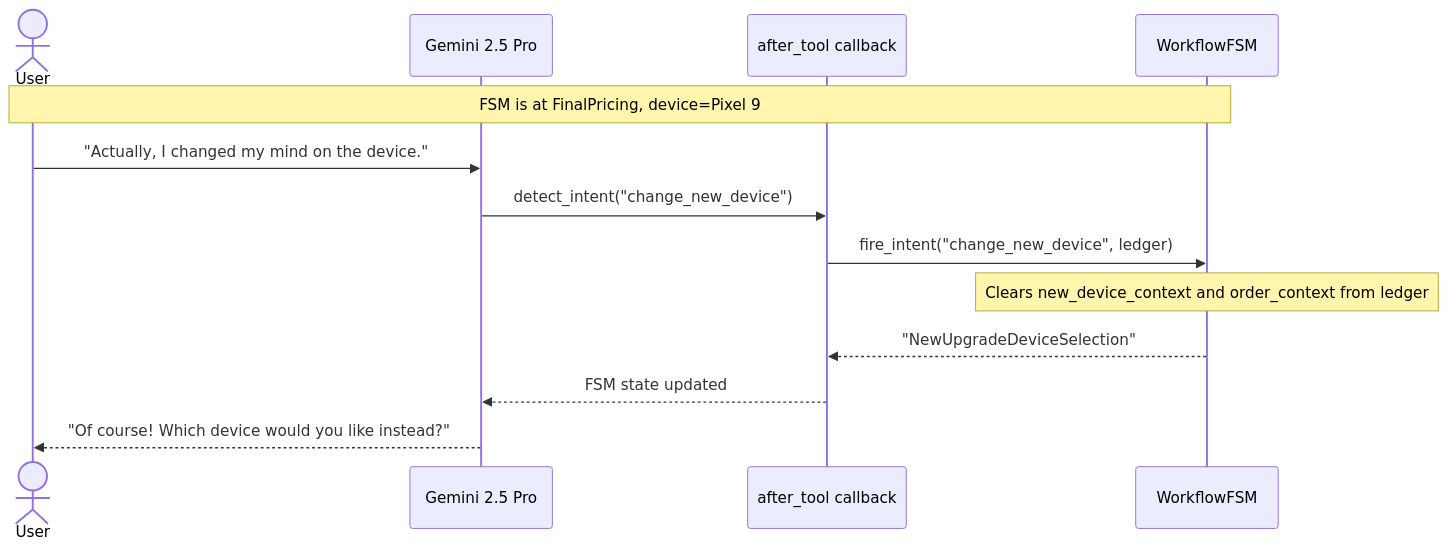
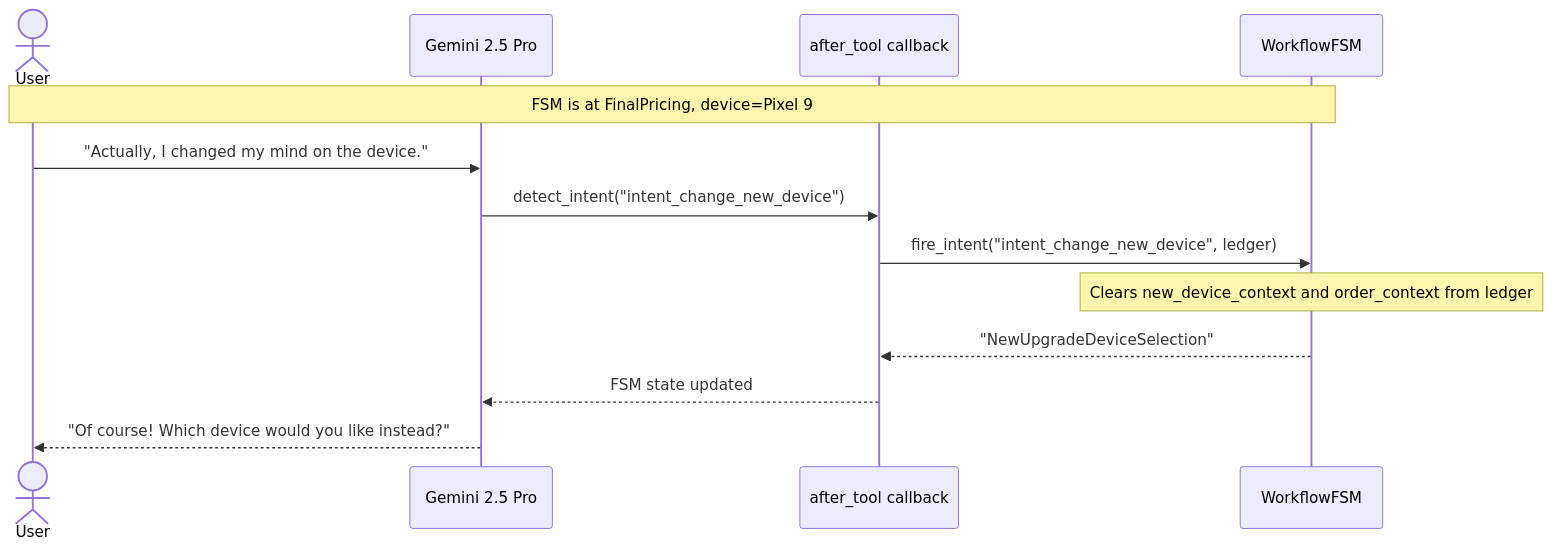
One commit to puvvula89/rules-to-agent changed the second of 2 diagrams in README.md. Above: the diagram before and after it, drawn with Mermaid. The commit also changed other lines of this file, not shown here.

````diff
--- a/README.md
+++ b/README.md
@@ -215,17 +215,17 @@
 ```mermaid
 sequenceDiagram
     actor User
     participant LLM as Gemini 2.5 Pro
     participant AT as after_tool callback
     participant FSM as WorkflowFSM
 
     Note over User,FSM: FSM is at FinalPricing, device=Pixel 9
 
     User->>LLM: "Actually, I changed my mind on the device."
-    LLM->>AT: detect_intent("change_new_device")
-    AT->>FSM: fire_intent("change_new_device", ledger)
+    LLM->>AT: detect_intent("intent_change_new_device")
+    AT->>FSM: fire_intent("intent_change_new_device", ledger)
     Note over FSM: Clears new_device_context and order_context from ledger
     FSM-->>AT: "NewUpgradeDeviceSelection"
     AT-->>LLM: FSM state updated
     LLM-->>User: "Of course! Which device would you like instead?"
 ```
````
